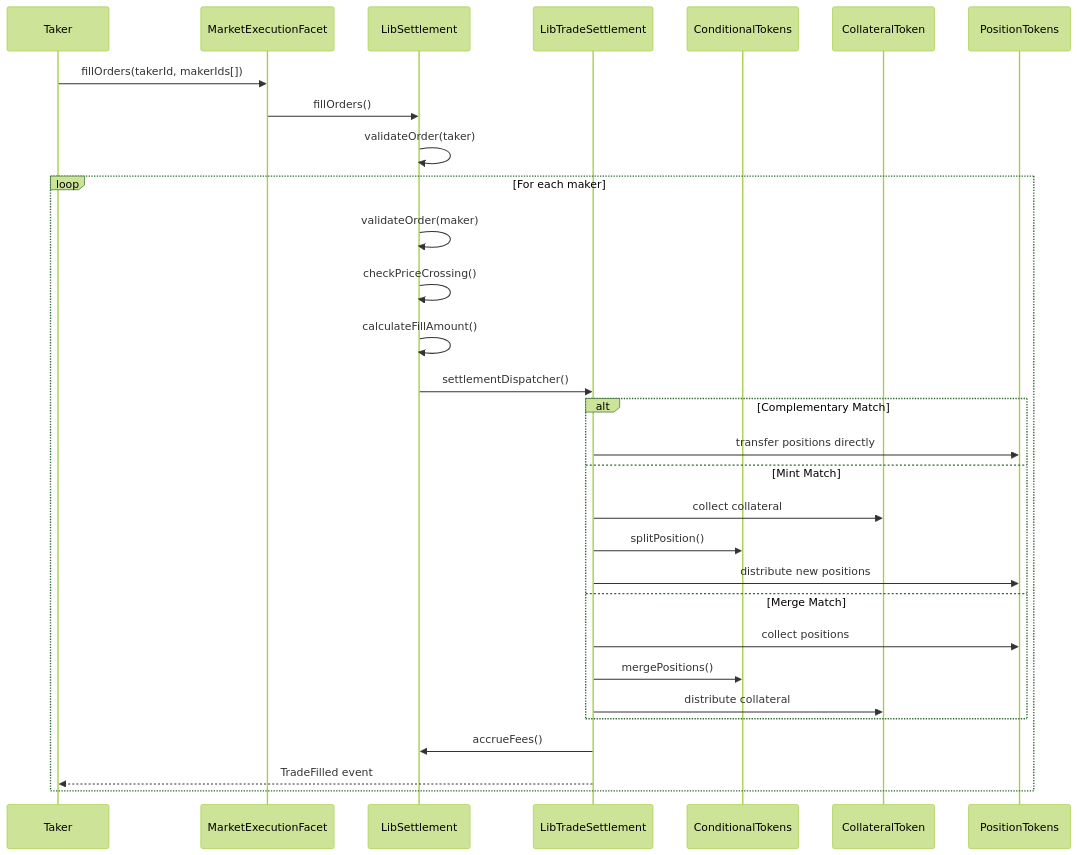
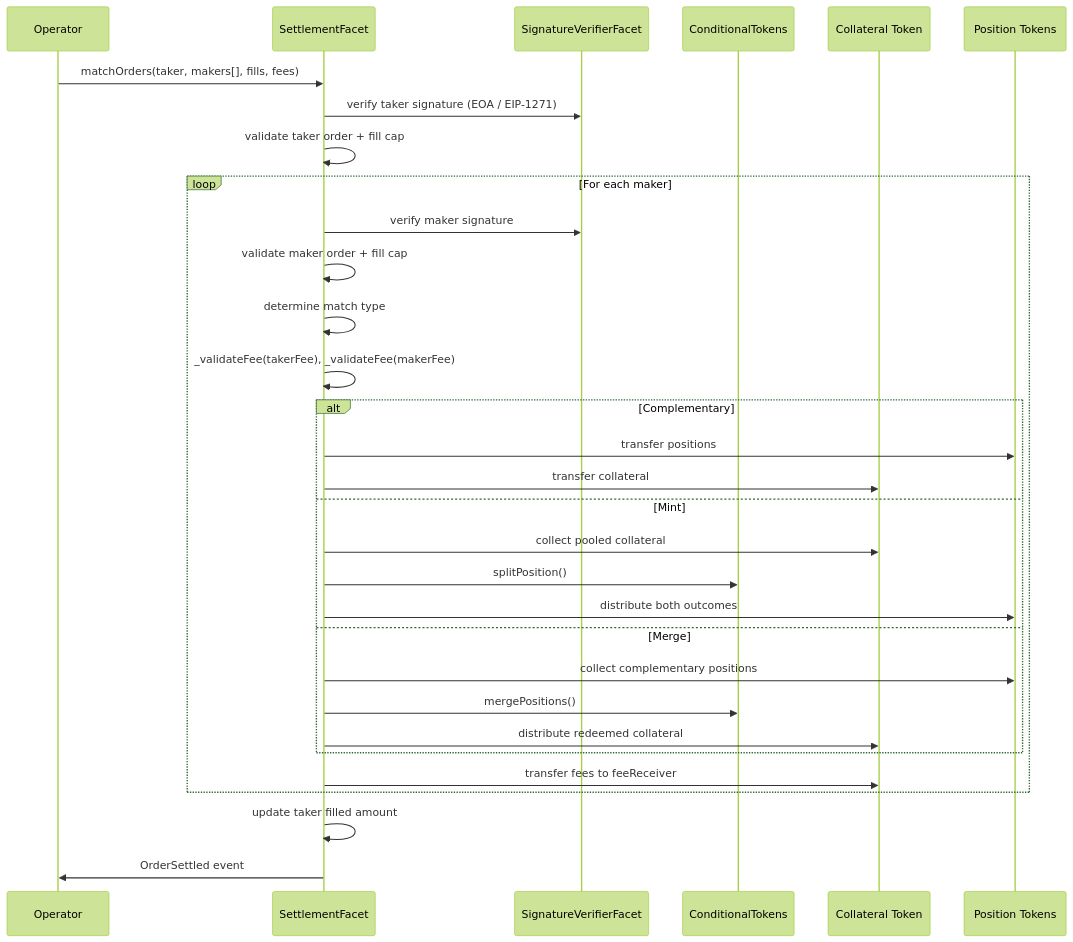
One commit to Doefin/doefin-v2 changed the second of 2 diagrams in docs/flows/ORDER_LIFECYCLE.md. Above: the diagram before and after it, drawn with Mermaid (forest theme). The commit also changed other lines of this file and 8 other files, not shown here.

First line of the commit message:
docs: refresh architecture and flow docs for v3 contract state

````diff
--- a/docs/flows/ORDER_LIFECYCLE.md
+++ b/docs/flows/ORDER_LIFECYCLE.md
@@ -267,36 +160,38 @@
 ```mermaid
 sequenceDiagram
-    participant Taker
-    participant MarketExecution as MarketExecutionFacet  
-    participant Settlement as LibSettlement
-    participant TradeSettlement as LibTradeSettlement
+    participant Operator
+    participant Settlement as SettlementFacet
+    participant SigVerifier as SignatureVerifierFacet
     participant CTF as ConditionalTokens
-    participant ERC20 as CollateralToken
-    participant ERC1155 as PositionTokens
-    
-    Taker->>MarketExecution: fillOrders(takerId, makerIds[])
-    MarketExecution->>Settlement: fillOrders()
-    Settlement->>Settlement: validateOrder(taker)
-    
+    participant ERC20 as Collateral Token
+    participant ERC1155 as Position Tokens
+
+    Operator->>Settlement: matchOrders(taker, makers[], fills, fees)
+    Settlement->>SigVerifier: verify taker signature (EOA / EIP-1271)
+    Settlement->>Settlement: validate taker order + fill cap
+
     loop For each maker
-        Settlement->>Settlement: validateOrder(maker)
-        Settlement->>Settlement: checkPriceCrossing()
-        Settlement->>Settlement: calculateFillAmount()
-        Settlement->>TradeSettlement: settlementDispatcher()
-        
-        alt Complementary Match
-            TradeSettlement->>ERC1155: transfer positions directly
-        else Mint Match  
-            TradeSettlement->>ERC20: collect collateral
-            TradeSettlement->>CTF: splitPosition()
-            TradeSettlement->>ERC1155: distribute new positions
-        else Merge Match
-            TradeSettlement->>ERC1155: collect positions  
-            TradeSettlement->>CTF: mergePositions()
-            TradeSettlement->>ERC20: distribute collateral
+        Settlement->>SigVerifier: verify maker signature
+        Settlement->>Settlement: validate maker order + fill cap
+        Settlement->>Settlement: determine match type
+        Settlement->>Settlement: _validateFee(takerFee), _validateFee(makerFee)
+
+        alt Complementary
+            Settlement->>ERC1155: transfer positions
+            Settlement->>ERC20: transfer collateral
+        else Mint
+            Settlement->>ERC20: collect pooled collateral
+            Settlement->>CTF: splitPosition()
+            Settlement->>ERC1155: distribute both outcomes
+        else Merge
+            Settlement->>ERC1155: collect complementary positions
+            Settlement->>CTF: mergePositions()
+            Settlement->>ERC20: distribute redeemed collateral
         end
-        
-        TradeSettlement->>Settlement: accrueFees()
-        TradeSettlement-->>Taker: TradeFilled event
+
+        Settlement->>ERC20: transfer fees to feeReceiver
     end
+
+    Settlement->>Settlement: update taker filled amount
+    Settlement->>Operator: OrderSettled event
 ```
````
